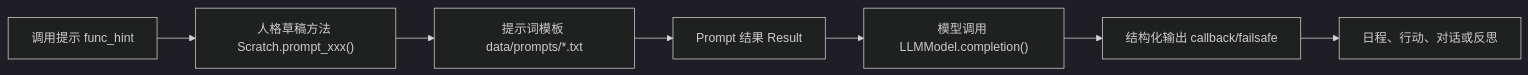
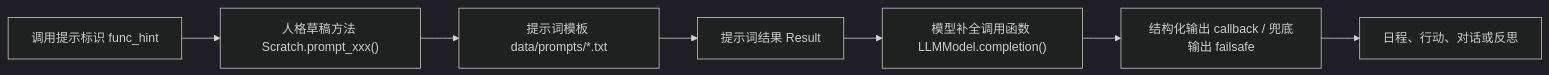
Before and after one commit to tbkken/GenerativeAgentsCN: the third of 3 diagrams in docs/book/manuscript/part_03/chapter_15.md, drawn with Mermaid (dark theme). The commit also changed other lines of this file and 33 other files, not shown here.

````diff
--- a/docs/book/manuscript/part_03/chapter_15.md
+++ b/docs/book/manuscript/part_03/chapter_15.md
@@ -571,9 +590,9 @@
 ```mermaid
 flowchart LR
-    Hint["调用提示 func_hint"] --> Method["人格草稿方法 Scratch.prompt_xxx()"]
+    Hint["调用提示标识 func_hint"] --> Method["人格草稿方法 Scratch.prompt_xxx()"]
     Method --> Template["提示词模板 data/prompts/*.txt"]
-    Template --> Result["Prompt 结果 Result"]
-    Result --> Model["模型调用 LLMModel.completion()"]
-    Model --> Parsed["结构化输出 callback/failsafe"]
+    Template --> Result["提示词结果 Result"]
+    Result --> Model["模型补全调用函数 LLMModel.completion()"]
+    Model --> Parsed["结构化输出 callback / 兜底输出 failsafe"]
     Parsed --> Behavior["日程、行动、对话或反思"]
 ```
````
